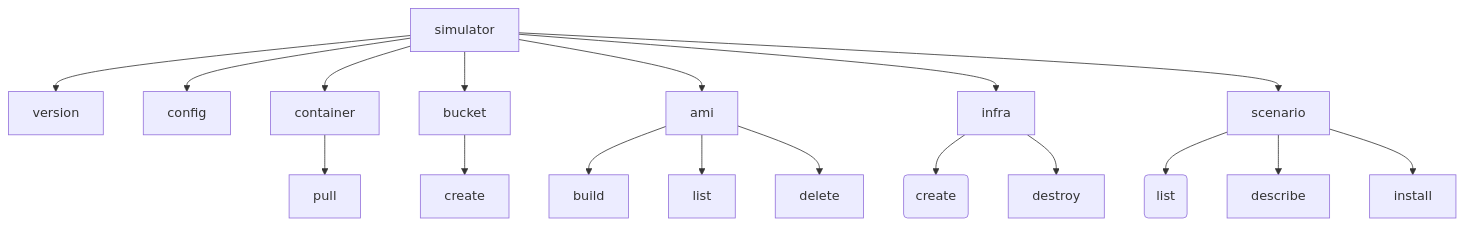
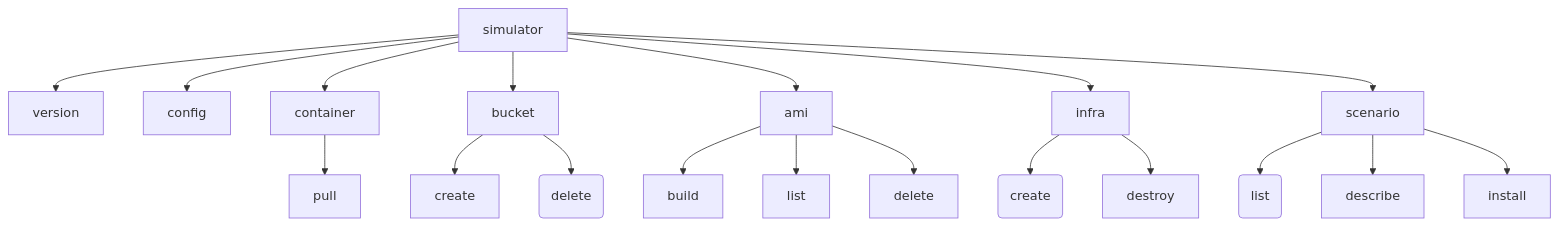
Before and after one commit to controlplaneio/simulator: the diagram in docs/cli.md, drawn with Mermaid. The commit also changed 3 other files, not shown here.

Commit message:
feat(cli): add bucket delete command

````diff
--- a/docs/cli.md
+++ b/docs/cli.md
@@ -3,20 +3,21 @@
 ```mermaid
 flowchart TD
   simulator --> version
   simulator --> config
   simulator --> container
   simulator --> bucket
   simulator --> ami
   simulator --> infra
   simulator --> scenario
   container --> pull
   bucket --> create
+  bucket --> d(delete)
   ami --> build
   ami --> list
   ami --> delete
   infra --> c(create)
   infra --> destroy
   scenario --> s(list)
   scenario --> describe
   scenario --> install
 ```
````
